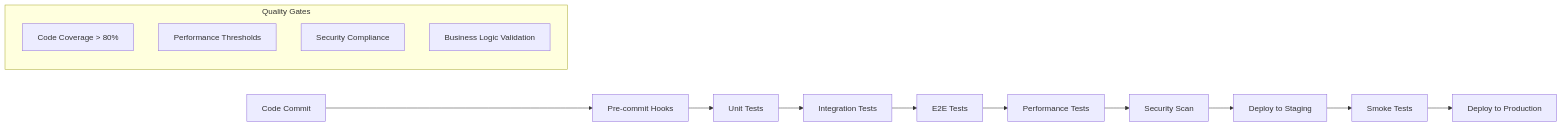
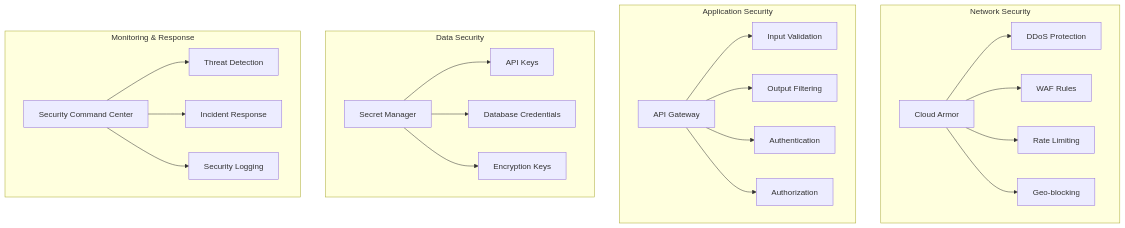
The ninth of 28 diagrams in docs/tech-solution.md (LIDR-academy/AI4Devs-finalproject), drawn with Mermaid before and after one commit. The commit also changed other lines of this file and 10 other files, not shown here.

````diff
--- a/docs/tech-solution.md
+++ b/docs/tech-solution.md
@@ -358,19 +1017,28 @@
 ```mermaid
-graph LR
-    A[Code Commit] --> B[Pre-commit Hooks]
-    B --> C[Unit Tests]
-    C --> D[Integration Tests]
-    D --> E[E2E Tests]
-    E --> F[Performance Tests]
-    F --> G[Security Scan]
-    G --> H[Deploy to Staging]
-    H --> I[Smoke Tests]
-    I --> J[Deploy to Production]
+graph TB
+    subgraph "Network Security"
+        A[Cloud Armor] --> B[DDoS Protection]
+        A --> C[WAF Rules]
+        A --> D[Rate Limiting]
+        A --> E[Geo-blocking]
+    end
     
-    subgraph "Quality Gates"
-        K[Code Coverage > 80%]
-        L[Performance Thresholds]
-        M[Security Compliance]
-        N[Business Logic Validation]
+    subgraph "Application Security"
+        F[API Gateway] --> G[Input Validation]
+        F --> H[Output Filtering]
+        F --> I[Authentication]
+        F --> J[Authorization]
+    end
+    
+    subgraph "Data Security"
+        K[Secret Manager] --> L[API Keys]
+        K --> M[Database Credentials]
+        K --> N[Encryption Keys]
+    end
+    
+    subgraph "Monitoring & Response"
+        O[Security Command Center] --> P[Threat Detection]
+        O --> Q[Incident Response]
+        O --> R[Security Logging]
     end
 ```
````
